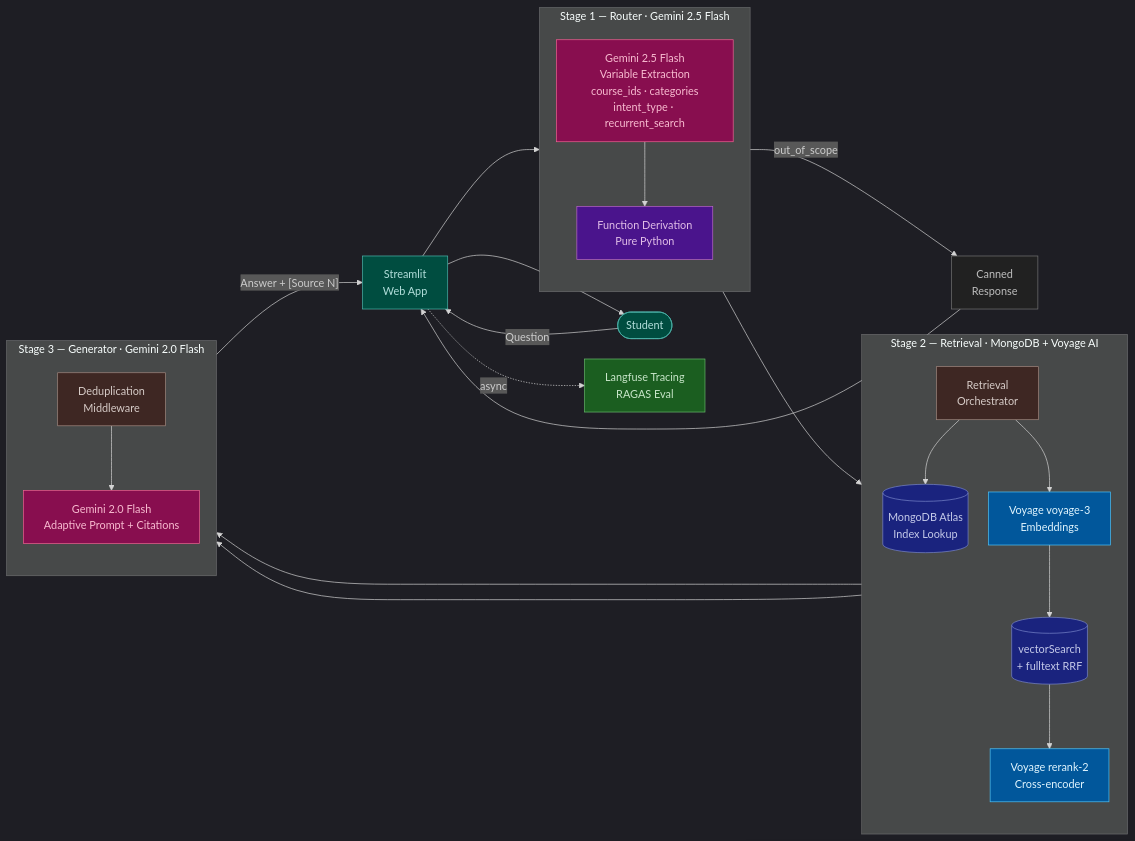
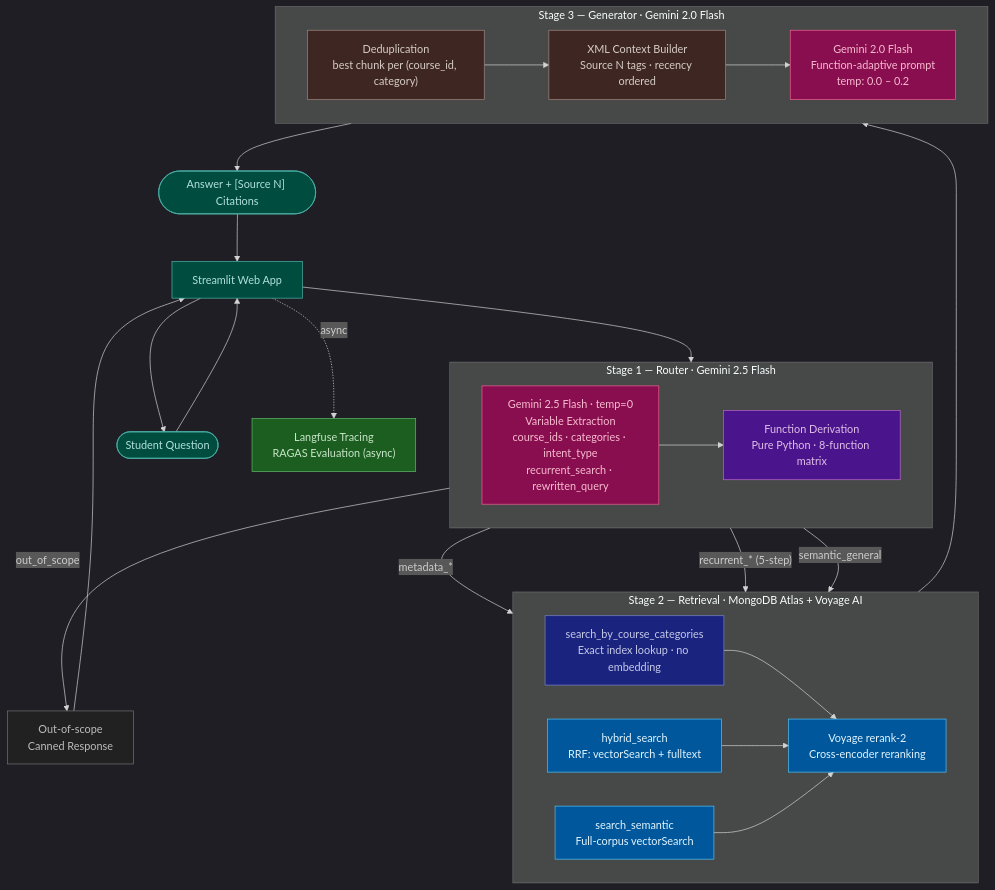
The first of 3 diagrams in README.md (zelunliu/tamubot), drawn with Mermaid before and after one commit. The commit also changed other lines of this file and 23 other files, not shown here.

````diff
--- a/README.md
+++ b/README.md
@@ -11,59 +11,64 @@
 ```mermaid
-%%{init: {'theme': 'dark', 'flowchart': {'nodeSpacing': 30, 'rankSpacing': 70}}}%%
-flowchart LR
-    A([Student]) -->|Question| App[Streamlit\nWeb App]
+%%{init: {'theme': 'dark', 'flowchart': {'nodeSpacing': 50, 'rankSpacing': 70}}}%%
+flowchart TD
+    USR([Student Question])
+    APP["Streamlit Web App"]
 
-    subgraph S1["Stage 1 — Router · Gemini 2.5 Flash"]
-        direction TB
-        Router["Gemini 2.5 Flash<br/>Variable Extraction<br/>course_ids · categories<br/>intent_type · recurrent_search"]
-        FD["Function Derivation<br/>Pure Python"]
-        Router --> FD
+    subgraph STAGE1["Stage 1 — Router · Gemini 2.5 Flash"]
+        direction LR
+        R["Gemini 2.5 Flash · temp=0<br/>Variable Extraction<br/>course_ids · categories · intent_type<br/>recurrent_search · rewritten_query"]
+        FD["Function Derivation<br/>Pure Python · 8-function matrix"]
+        R --> FD
     end
 
-    subgraph S2["Stage 2 — Retrieval · MongoDB + Voyage AI"]
-        direction TB
-        Orch[Retrieval\nOrchestrator]
-        MetaDB[(MongoDB Atlas\nIndex Lookup)]
-        VoyEmbed[Voyage voyage-3\nEmbeddings]
-        Search[(vectorSearch\n+ fulltext RRF)]
-        Reranker[Voyage rerank-2\nCross-encoder]
-        Orch --> MetaDB
-        Orch --> VoyEmbed --> Search --> Reranker
+    subgraph STAGE2["Stage 2 — Retrieval · MongoDB Atlas + Voyage AI"]
+        direction LR
+        META["search_by_course_categories<br/>Exact index lookup · no embedding"]
+        HYB["hybrid_search<br/>RRF: vectorSearch + fulltext"]
+        SEM["search_semantic<br/>Full-corpus vectorSearch"]
+        RRK["Voyage rerank-2<br/>Cross-encoder reranking"]
+        META --> RRK
+        HYB --> RRK
+        SEM --> RRK
     end
 
-    subgraph S3["Stage 3 — Generator · Gemini 2.0 Flash"]
-        direction TB
-        Dedup[Deduplication\nMiddleware]
-        Gen["Gemini 2.0 Flash<br/>Adaptive Prompt + Citations"]
-        Dedup --> Gen
+    subgraph STAGE3["Stage 3 — Generator · Gemini 2.0 Flash"]
+        direction LR
+        DDP["Deduplication<br/>best chunk per (course_id, category)"]
+        CTX["XML Context Builder<br/>Source N tags · recency ordered"]
+        GEN["Gemini 2.0 Flash<br/>Function-adaptive prompt<br/>temp: 0.0 – 0.2"]
+        DDP --> CTX --> GEN
     end
 
-    Canned[Canned\nResponse]
-    Obs["Langfuse Tracing<br/>RAGAS Eval"]
+    CANNED["Out-of-scope<br/>Canned Response"]
+    OBS["Langfuse Tracing<br/>RAGAS Evaluation (async)"]
+    ANS(["Answer + [Source N] Citations"])
 
-    App --> S1
-    FD -->|out_of_scope| Canned --> App
-    FD --> S2
-    MetaDB --> Dedup
-    Reranker --> Dedup
-    Gen -->|"Answer + [Source N]"| App --> A
-    App -.->|async| Obs
+    USR --> APP --> STAGE1
+    FD -->|"metadata_*"| META
+    FD -->|"recurrent_* (5-step)"| HYB
+    FD -->|"semantic_general"| SEM
+    FD -->|"out_of_scope"| CANNED --> APP
+    RRK --> DDP
+    GEN --> ANS --> APP --> USR
+    APP -.->|async| OBS
 
     classDef user     fill:#004D40,stroke:#4DB6AC,color:#B2DFDB
     classDef router   fill:#880E4F,stroke:#F06292,color:#F8BBD0
     classDef derive   fill:#4A148C,stroke:#BA68C8,color:#E1BEE7
     classDef canned   fill:#212121,stroke:#757575,color:#BDBDBD
-    classDef orchestr fill:#3E2723,stroke:#A1887F,color:#D7CCC8
+    classDef voyage   fill:#01579B,stroke:#4FC3F7,color:#E1F5FE
     classDef mongo    fill:#1A237E,stroke:#7986CB,color:#C5CAE9
-    classDef voyage   fill:#01579B,stroke:#4FC3F7,color:#E1F5FE
+    classDef gen      fill:#880E4F,stroke:#F06292,color:#F8BBD0
     classDef obs      fill:#1B5E20,stroke:#66BB6A,color:#C8E6C9
+    classDef mid      fill:#3E2723,stroke:#A1887F,color:#D7CCC8
 
-    class A,App user
-    class Router,Gen router
+    class USR,APP,ANS user
+    class R,GEN router
     class FD derive
-    class Canned canned
-    class Orch,Dedup orchestr
-    class MetaDB,Search mongo
-    class VoyEmbed,Reranker voyage
-    class Obs obs
+    class CANNED canned
+    class HYB,SEM,RRK voyage
+    class META mongo
+    class DDP,CTX mid
+    class OBS obs
 ```
````
